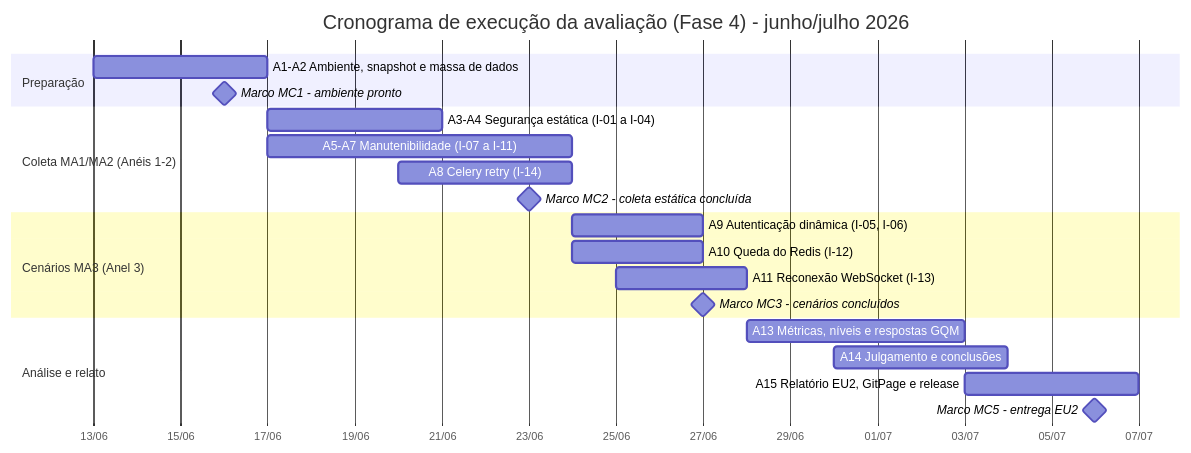
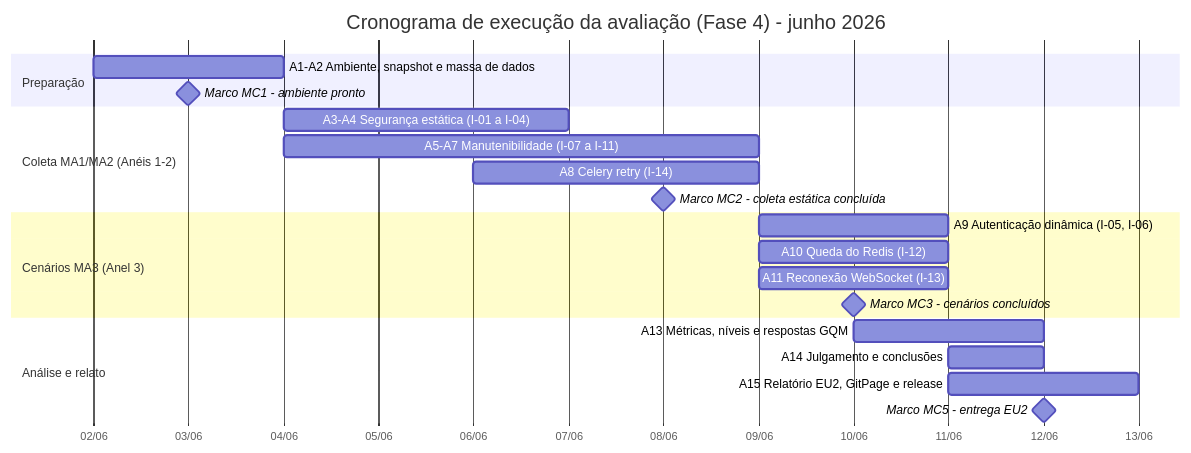
The diagram in docs/fase3/03-cronograma.md (FCTE-Qualidade-de-Software-1/2026-1_T02_RADIA_PERLMAN), drawn with Mermaid before and after one commit. The commit also changed other lines of this file and 1 other file, not shown here.

````diff
--- a/docs/fase3/03-cronograma.md
+++ b/docs/fase3/03-cronograma.md
@@ -59,28 +59,28 @@
 ```mermaid
 gantt
-    title Cronograma de execução da avaliação (Fase 4) - junho/julho 2026
+    title Cronograma de execução da avaliação (Fase 4) - junho 2026
     dateFormat  YYYY-MM-DD
     axisFormat  %d/%m
 
     section Preparação
-    A1-A2 Ambiente, snapshot e massa de dados :a1, 2026-06-13, 4d
-    Marco MC1 - ambiente pronto               :milestone, m1, 2026-06-16, 0d
+    A1-A2 Ambiente, snapshot e massa de dados :a1, 2026-06-02, 2d
+    Marco MC1 - ambiente pronto               :milestone, m1, 2026-06-03, 0d
 
     section Coleta MA1/MA2 (Anéis 1-2)
-    A3-A4 Segurança estática (I-01 a I-04)    :a3, 2026-06-17, 4d
-    A5-A7 Manutenibilidade (I-07 a I-11)      :a5, 2026-06-17, 7d
-    A8 Celery retry (I-14)                    :a8, 2026-06-20, 4d
-    Marco MC2 - coleta estática concluída     :milestone, m2, 2026-06-23, 0d
+    A3-A4 Segurança estática (I-01 a I-04)    :a3, 2026-06-04, 3d
+    A5-A7 Manutenibilidade (I-07 a I-11)      :a5, 2026-06-04, 5d
+    A8 Celery retry (I-14)                    :a8, 2026-06-06, 3d
+    Marco MC2 - coleta estática concluída     :milestone, m2, 2026-06-08, 0d
 
     section Cenários MA3 (Anel 3)
-    A9 Autenticação dinâmica (I-05, I-06)     :a9, 2026-06-24, 3d
-    A10 Queda do Redis (I-12)                 :a10, 2026-06-24, 3d
-    A11 Reconexão WebSocket (I-13)            :a11, 2026-06-25, 3d
-    Marco MC3 - cenários concluídos           :milestone, m3, 2026-06-27, 0d
+    A9 Autenticação dinâmica (I-05, I-06)     :a9, 2026-06-09, 2d
+    A10 Queda do Redis (I-12)                 :a10, 2026-06-09, 2d
+    A11 Reconexão WebSocket (I-13)            :a11, 2026-06-09, 2d
+    Marco MC3 - cenários concluídos           :milestone, m3, 2026-06-10, 0d
 
     section Análise e relato
-    A13 Métricas, níveis e respostas GQM      :a13, 2026-06-28, 5d
-    A14 Julgamento e conclusões               :a14, 2026-06-30, 4d
-    A15 Relatório EU2, GitPage e release      :a15, 2026-07-03, 4d
-    Marco MC5 - entrega EU2                   :milestone, m5, 2026-07-06, 0d
+    A13 Métricas, níveis e respostas GQM      :a13, 2026-06-10, 2d
+    A14 Julgamento e conclusões               :a14, 2026-06-11, 1d
+    A15 Relatório EU2, GitPage e release      :a15, 2026-06-11, 2d
+    Marco MC5 - entrega EU2                   :milestone, m5, 2026-06-12, 0d
 ```
````
